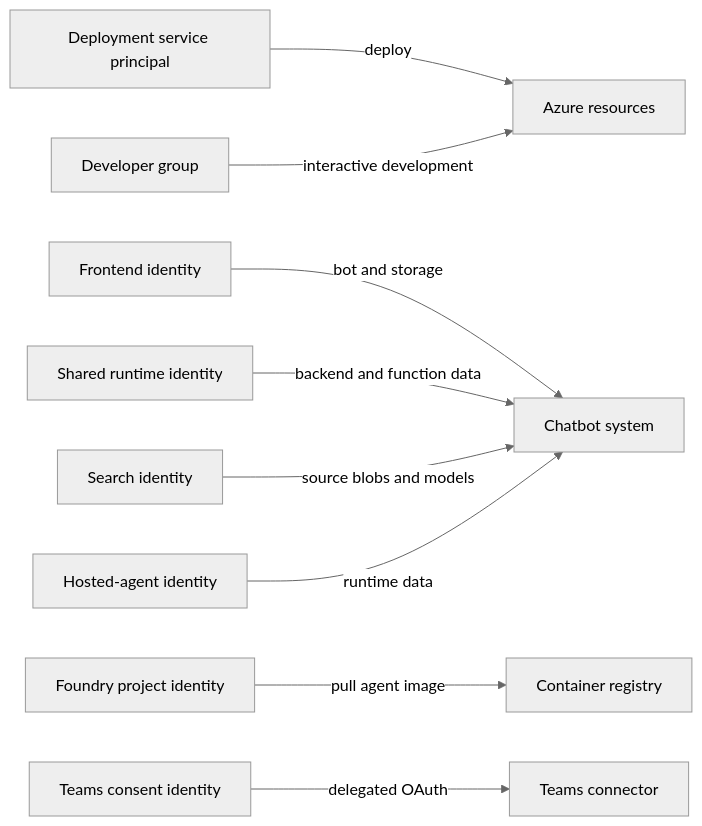
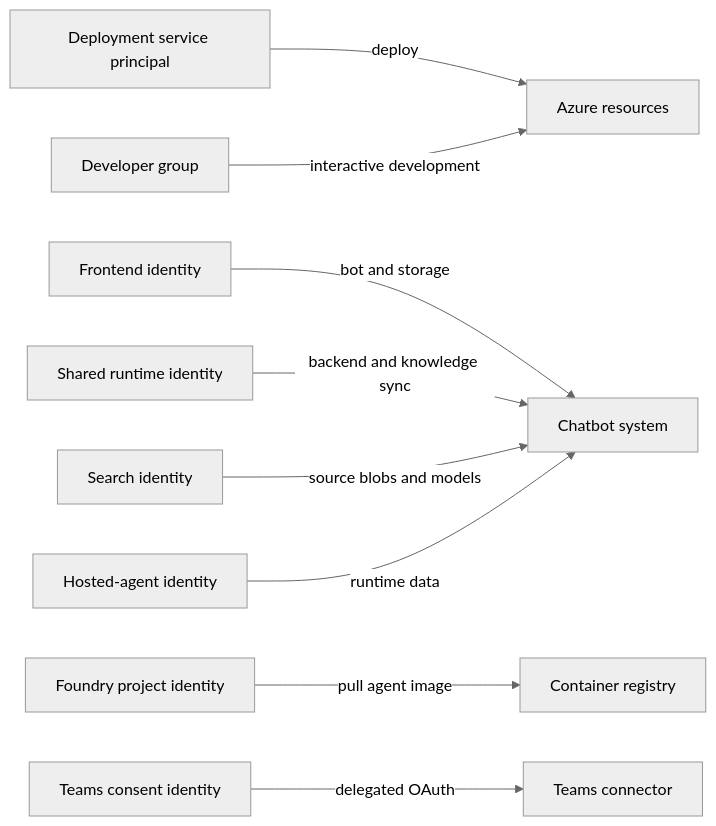
One commit to Azure/azure-sdk-tools changed the diagram in tools/sdk-ai-bots/deployment/docs/identity-and-access.md. Above: the diagram before and after it, drawn with Mermaid (neutral theme). The commit also changed other lines of this file and 10 other files, not shown here.

````diff
--- a/tools/sdk-ai-bots/deployment/docs/identity-and-access.md
+++ b/tools/sdk-ai-bots/deployment/docs/identity-and-access.md
@@ -32,11 +32,11 @@
 ```mermaid
 flowchart LR
     PIPELINE[Deployment service principal] -->|deploy| AZURE[Azure resources]
     DEVELOPERS[Developer group] -->|interactive development| AZURE
     FRONTEND[Frontend identity] -->|bot and storage| CHATBOT[Chatbot system]
-    SHARED[Shared runtime identity] -->|backend and function data| CHATBOT
+    SHARED[Shared runtime identity] -->|backend and knowledge sync| CHATBOT
     SEARCH[Search identity] -->|source blobs and models| CHATBOT
     PROJECT[Foundry project identity] -->|pull agent image| ACR[Container registry]
     AGENT[Hosted-agent identity] -->|runtime data| CHATBOT
     USER[Teams consent identity] -->|delegated OAuth| TEAMS[Teams connector]
 ```
````
